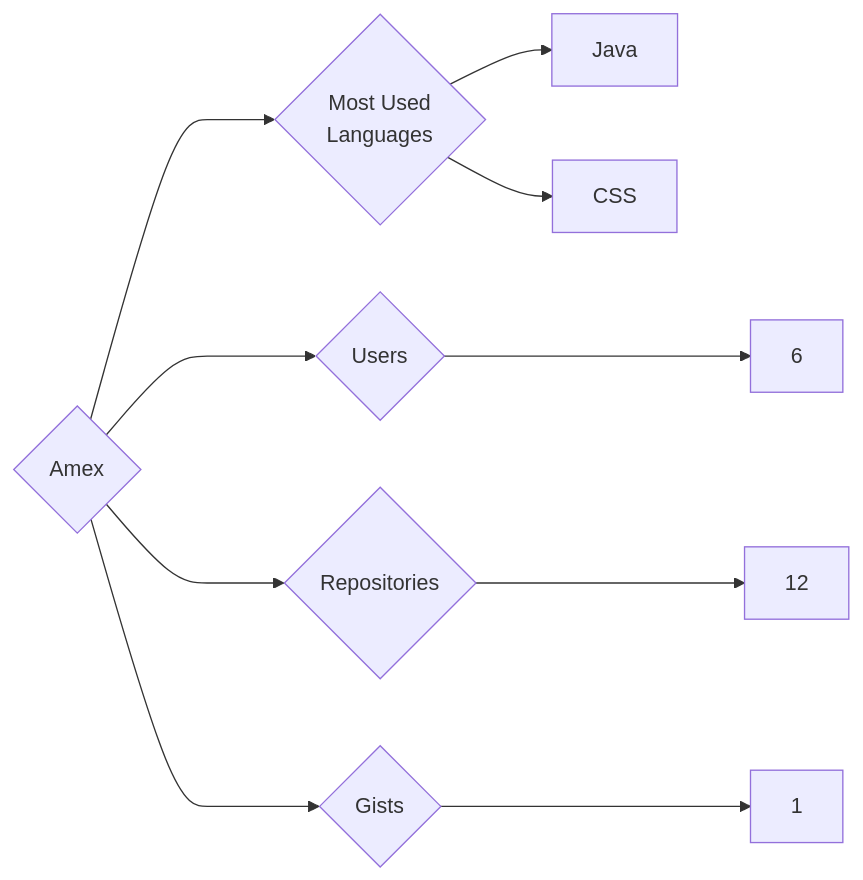
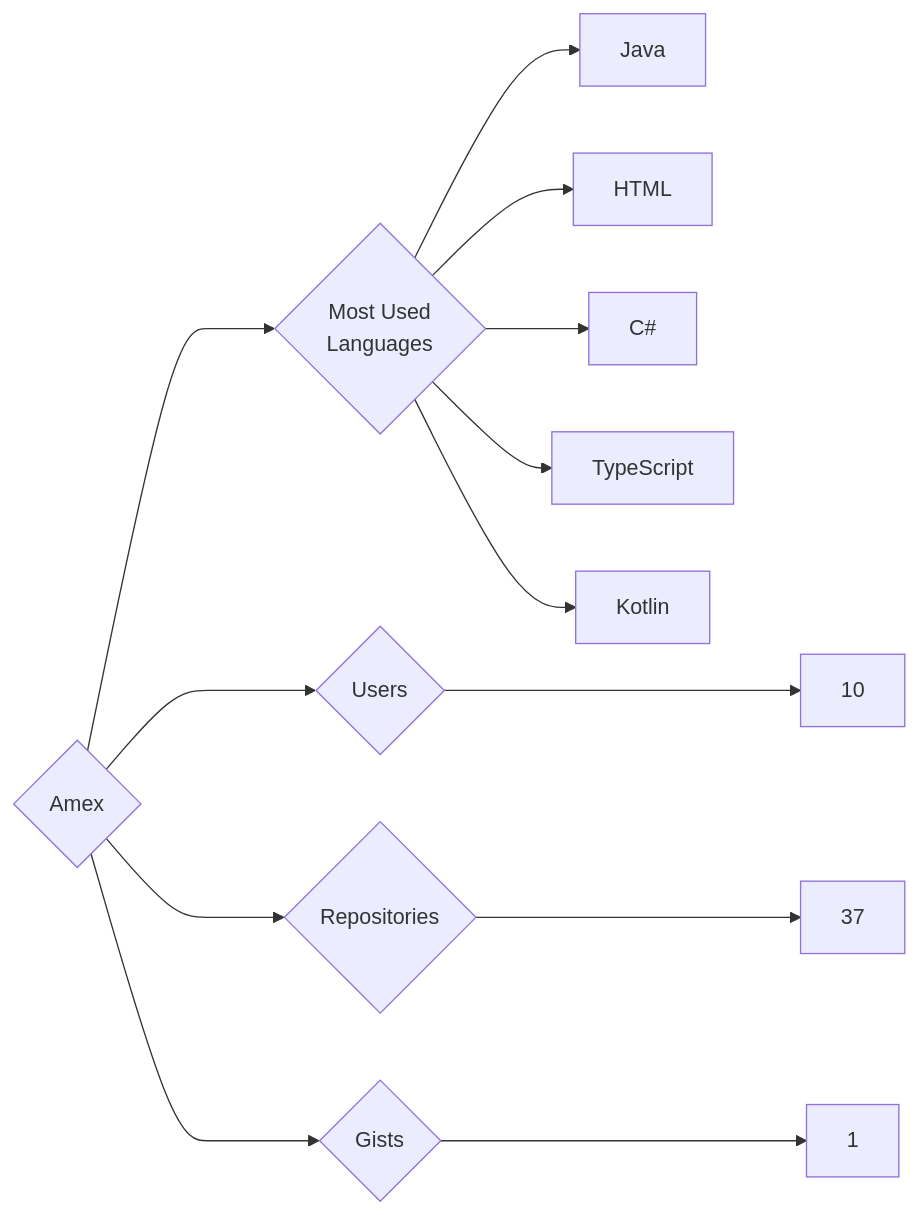
The diagram in targets/Amex/README.md (trickest/insiders), drawn with Mermaid before and after one commit. The commit also changed 1195 other files, not shown here.

````diff
--- a/targets/Amex/README.md
+++ b/targets/Amex/README.md
@@ -3,10 +3,13 @@
 ```mermaid
 graph LR
 COMPANY_NAME{Amex}
-COMPANY_NAME ---> U{Users} ---> UN[6]
-COMPANY_NAME ---> R{Repositories} ---> RN[12]
+COMPANY_NAME ---> U{Users} ---> UN[10]
+COMPANY_NAME ---> R{Repositories} ---> RN[37]
 COMPANY_NAME ---> G{Gists} ---> GN[1]
 COMPANY_NAME ---> ML{Most Used<br>Languages}
 ML --> Java[Java]
-ML --> CSS[CSS]
+ML --> HTML[HTML]
+ML --> C#[C#]
+ML --> TypeScript[TypeScript]
+ML --> Kotlin[Kotlin]
 ```
````
